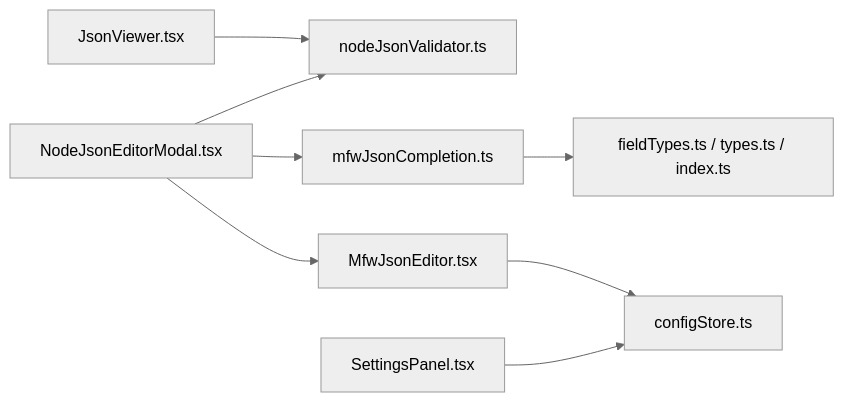
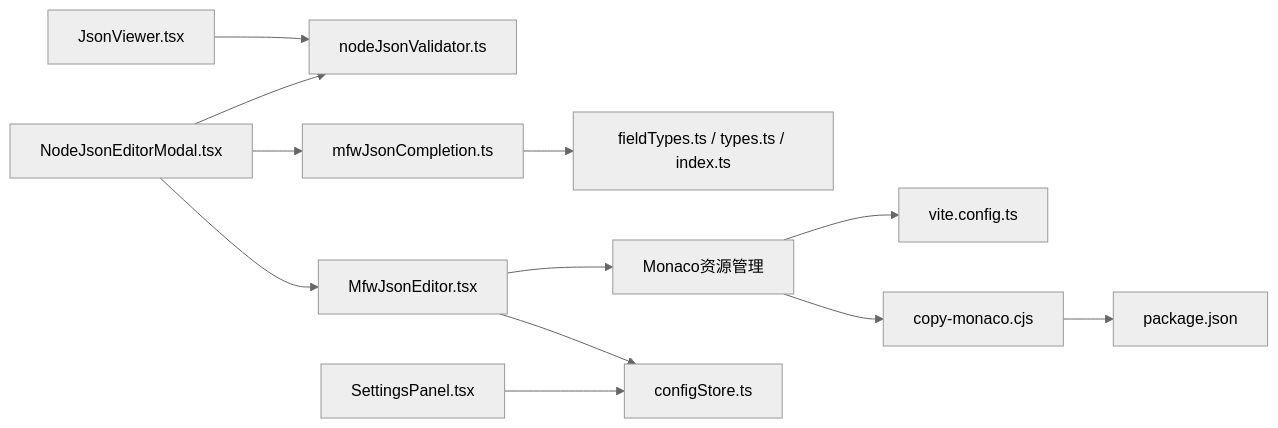
Before and after one commit to kqcoxn/MaaPipelineEditor: the tenth of 10 diagrams in .qoder/repowiki/zh/content/前端架构/组件系统架构/UI基础组件/JSON编辑器.md, drawn with Mermaid (neutral theme). The commit also changed other lines of this file and 25 other files, not shown here.

````diff
--- a/.qoder/repowiki/zh/content/前端架构/组件系统架构/UI基础组件/JSON编辑器.md
+++ b/.qoder/repowiki/zh/content/前端架构/组件系统架构/UI基础组件/JSON编辑器.md
@@ -321,10 +444,14 @@
 ```mermaid
 graph LR
 NodeModal["NodeJsonEditorModal.tsx"] --> Editor["MfwJsonEditor.tsx"]
 NodeModal --> Completion["mfwJsonCompletion.ts"]
 NodeModal --> Validator["nodeJsonValidator.ts"]
 JsonView["JsonViewer.tsx"] --> Validator
 Completion --> Fields["fieldTypes.ts / types.ts / index.ts"]
 Editor --> Config["configStore.ts"]
+Editor --> Resources["Monaco资源管理"]
 Settings["SettingsPanel.tsx"] --> Config
+Resources --> CopyScript["copy-monaco.cjs"]
+Resources --> ViteConfig["vite.config.ts"]
+CopyScript --> Package["package.json"]
 ```
````
